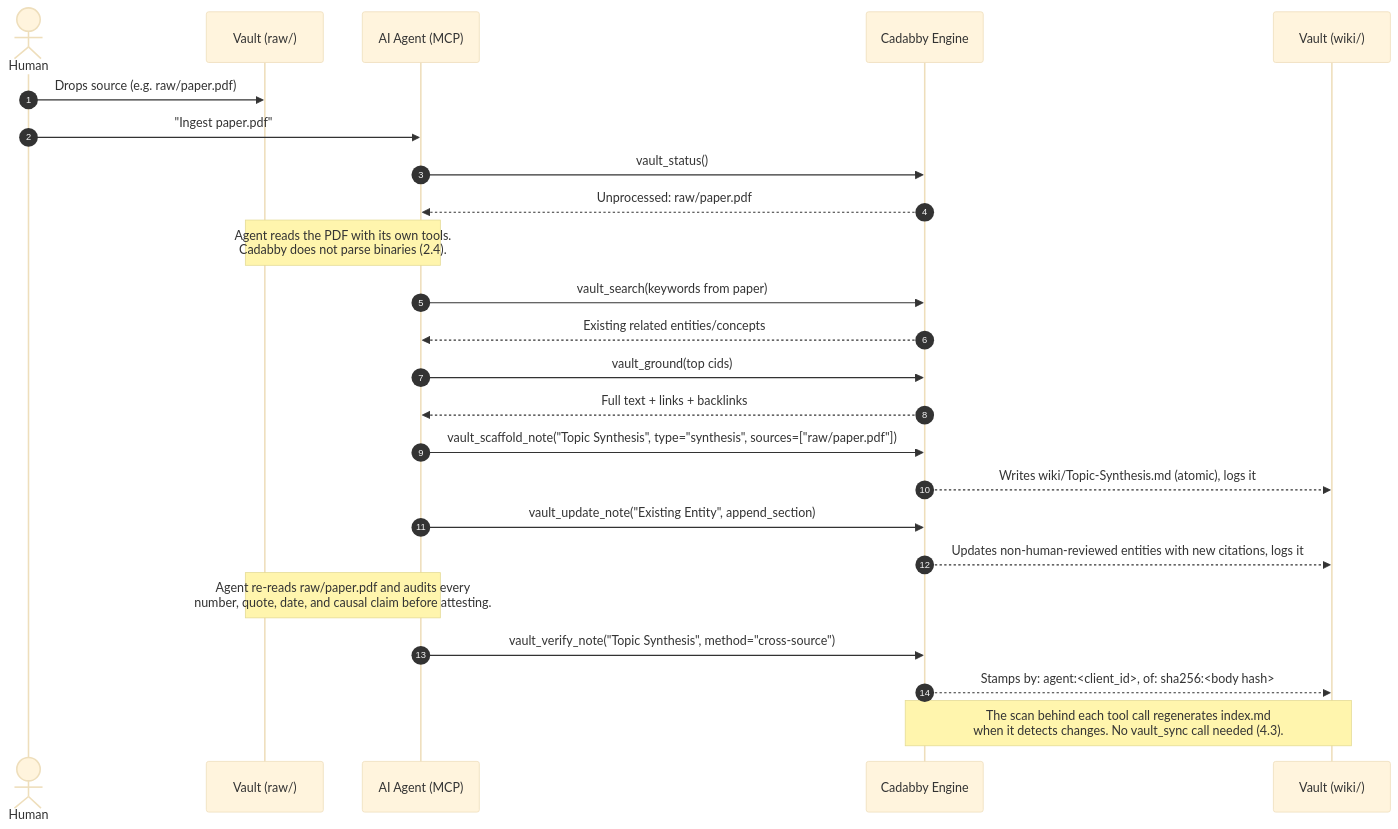
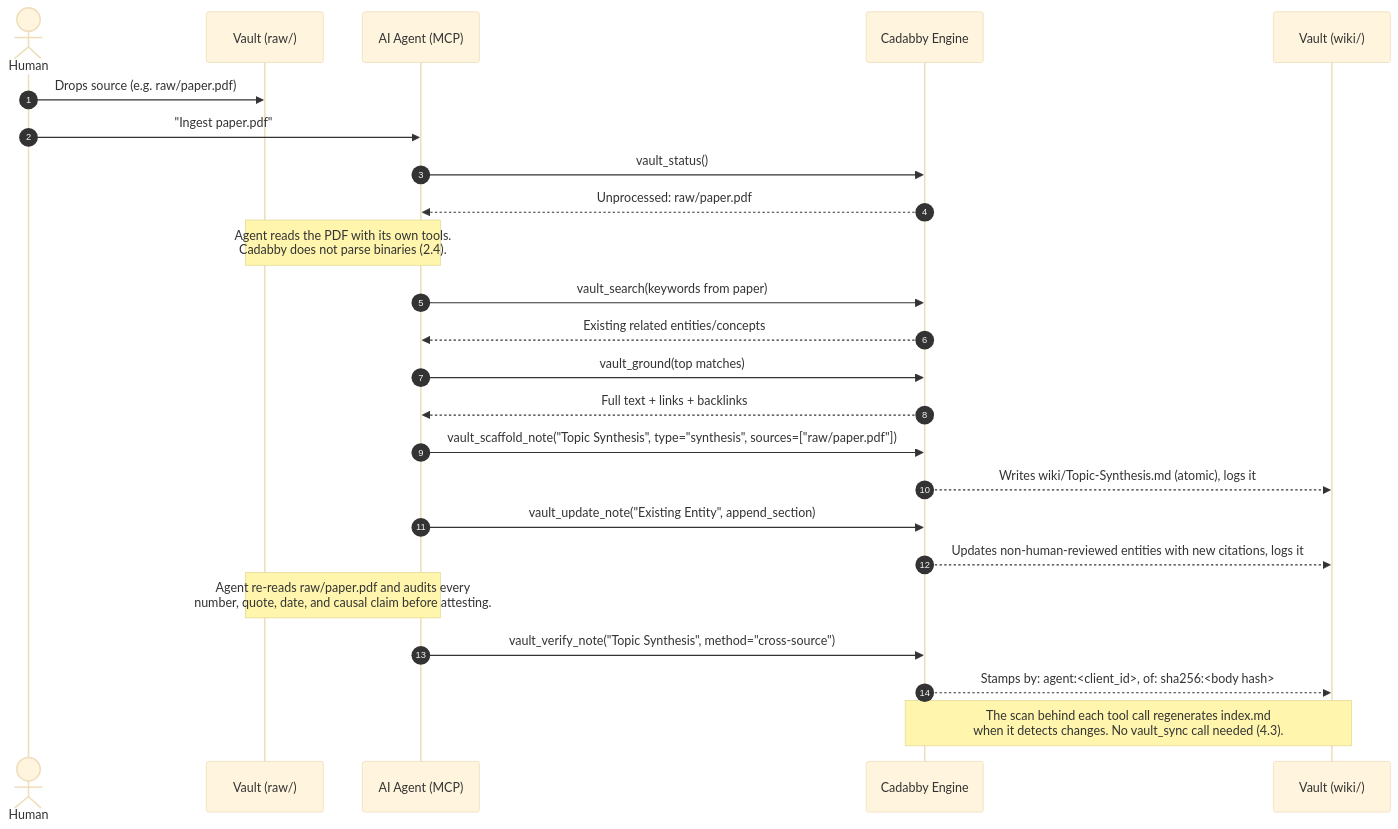
One commit to naikoob/cadabby changed the second of 2 diagrams in SPECIFICATION.md. Above: the diagram before and after it, drawn with Mermaid (base theme). The commit also changed other lines of this file and 33 other files, not shown here.

````diff
--- a/SPECIFICATION.md
+++ b/SPECIFICATION.md
@@ -758,27 +784,27 @@
 ```mermaid
 sequenceDiagram
     autonumber
     actor H as Human
     participant V as Vault (raw/)
     participant A as AI Agent (MCP)
     participant C as Cadabby Engine
     participant W as Vault (wiki/)
 
     H->>V: Drops source (e.g. raw/paper.pdf)
     H->>A: "Ingest paper.pdf"
     A->>C: vault_status()
     C-->>A: Unprocessed: raw/paper.pdf
     Note over A,V: Agent reads the PDF with its own tools.<br/>Cadabby does not parse binaries (2.4).
     A->>C: vault_search(keywords from paper)
     C-->>A: Existing related entities/concepts
-    A->>C: vault_ground(top cids)
+    A->>C: vault_ground(top matches)
     C-->>A: Full text + links + backlinks
     A->>C: vault_scaffold_note("Topic Synthesis", type="synthesis", sources=["raw/paper.pdf"])
     C-->>W: Writes wiki/Topic-Synthesis.md (atomic), logs it
     A->>C: vault_update_note("Existing Entity", append_section)
     C-->>W: Updates non-human-reviewed entities with new citations, logs it
     Note over A,V: Agent re-reads raw/paper.pdf and audits every<br/>number, quote, date, and causal claim before attesting.
     A->>C: vault_verify_note("Topic Synthesis", method="cross-source")
     C-->>W: Stamps by: agent:<client_id>, of: sha256:<body hash>
     Note over C,W: The scan behind each tool call regenerates index.md<br/>when it detects changes. No vault_sync call needed (4.3).
 ```
````
